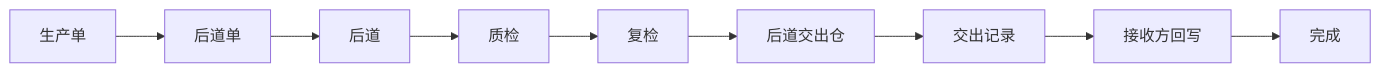
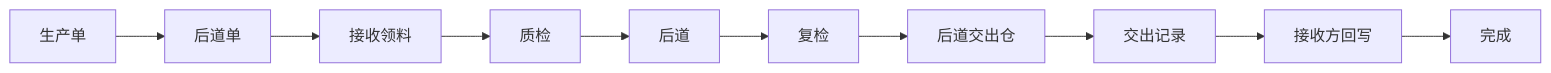
Before and after one commit to laoertongxue/higoods: the third of 8 diagrams in docs/fcs-post-finishing-and-craft-tabs.md, drawn with Mermaid. The commit also changed other lines of this file and 29 other files, not shown here.

````diff
--- a/docs/fcs-post-finishing-and-craft-tabs.md
+++ b/docs/fcs-post-finishing-and-craft-tabs.md
@@ -32,11 +32,12 @@
 ```mermaid
 flowchart LR
   A[生产单] --> B[后道单]
-  B --> C[后道]
+  B --> C[接收领料]
   C --> D[质检]
-  D --> E[复检]
-  E --> F[后道交出仓]
-  F --> G[交出记录]
-  G --> H[接收方回写]
-  H --> I[完成]
+  D --> E[后道]
+  E --> F[复检]
+  F --> G[后道交出仓]
+  G --> H[交出记录]
+  H --> I[接收方回写]
+  I --> J[完成]
 ```
````
